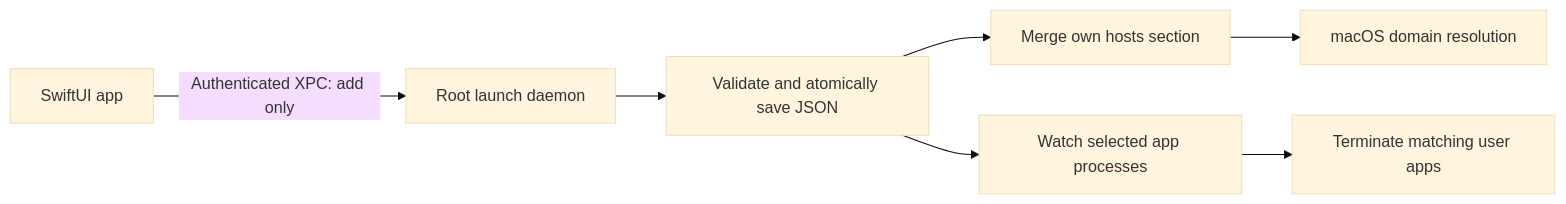
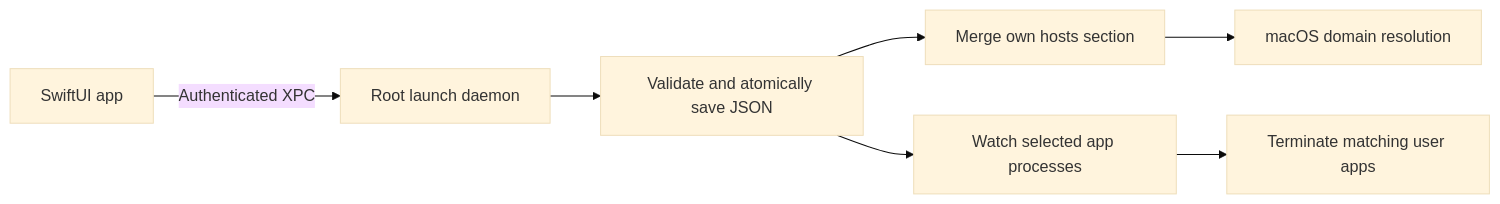
The second of 2 diagrams in docs/architecture.md (FarzamHejaziK/Just30), drawn with Mermaid (base theme) before and after one commit. The commit also changed other lines of this file and 55 other files, not shown here.

````diff
--- a/docs/architecture.md
+++ b/docs/architecture.md
@@ -22,9 +22,9 @@
 ```mermaid
 flowchart LR
-  UI[SwiftUI app] -->|Authenticated XPC: add only| Service[Root launch daemon]
+  UI[SwiftUI app] -->|Authenticated XPC| Service[Root launch daemon]
   Service --> Disk[Validate and atomically save JSON]
   Disk --> Hosts[Merge own hosts section]
   Disk --> Watcher[Watch selected app processes]
   Hosts --> Resolver[macOS domain resolution]
   Watcher --> Close[Terminate matching user apps]
 ```
````
